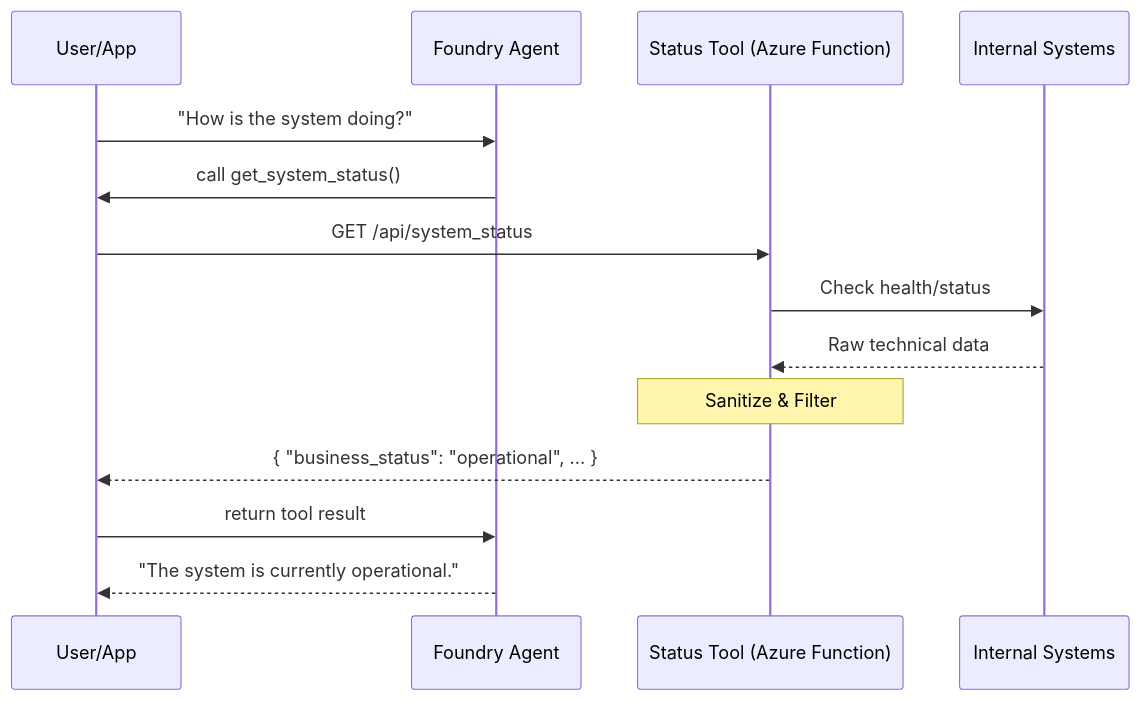
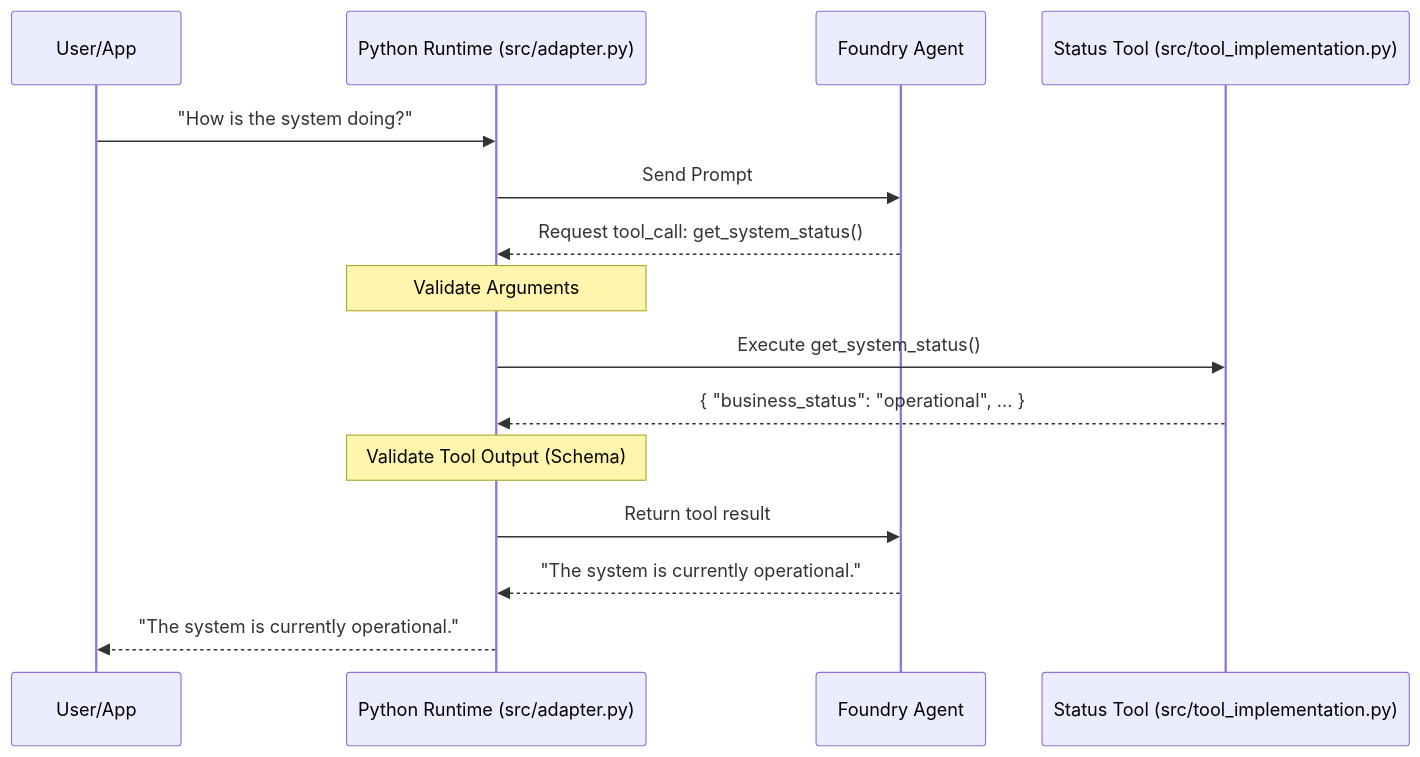
Before and after one commit to wildersa/azure_ref_kit: the diagram in solutions/foundry-agent-with-tools/README.md, drawn with Mermaid. The commit also changed other lines of this file and 10 other files, not shown here.

First line of the commit message:
[AGENT-002-RUNTIME] Implement executable Foundry agent with one controlled tool (#205)

````diff
--- a/solutions/foundry-agent-with-tools/README.md
+++ b/solutions/foundry-agent-with-tools/README.md
@@ -13,17 +13,18 @@
 ```mermaid
 sequenceDiagram
     participant User as User/App
+    participant Runtime as Python Runtime (src/adapter.py)
     participant Agent as Foundry Agent
-    participant Tool as Status Tool (Azure Function)
-    participant Systems as Internal Systems
+    participant Tool as Status Tool (src/tool_implementation.py)
 
-    User->>Agent: "How is the system doing?"
-    Agent->>User: call get_system_status()
-    User->>Tool: GET /api/system_status
-    Tool->>Systems: Check health/status
-    Systems-->>Tool: Raw technical data
-    Note over Tool: Sanitize & Filter
-    Tool-->>User: { "business_status": "operational", ... }
-    User->>Agent: return tool result
-    Agent-->>User: "The system is currently operational."
+    User->>Runtime: "How is the system doing?"
+    Runtime->>Agent: Send Prompt
+    Agent-->>Runtime: Request tool_call: get_system_status()
+    Note over Runtime: Validate Arguments
+    Runtime->>Tool: Execute get_system_status()
+    Tool-->>Runtime: { "business_status": "operational", ... }
+    Note over Runtime: Validate Tool Output (Schema)
+    Runtime->>Agent: Return tool result
+    Agent-->>Runtime: "The system is currently operational."
+    Runtime-->>User: "The system is currently operational."
 ```
````
